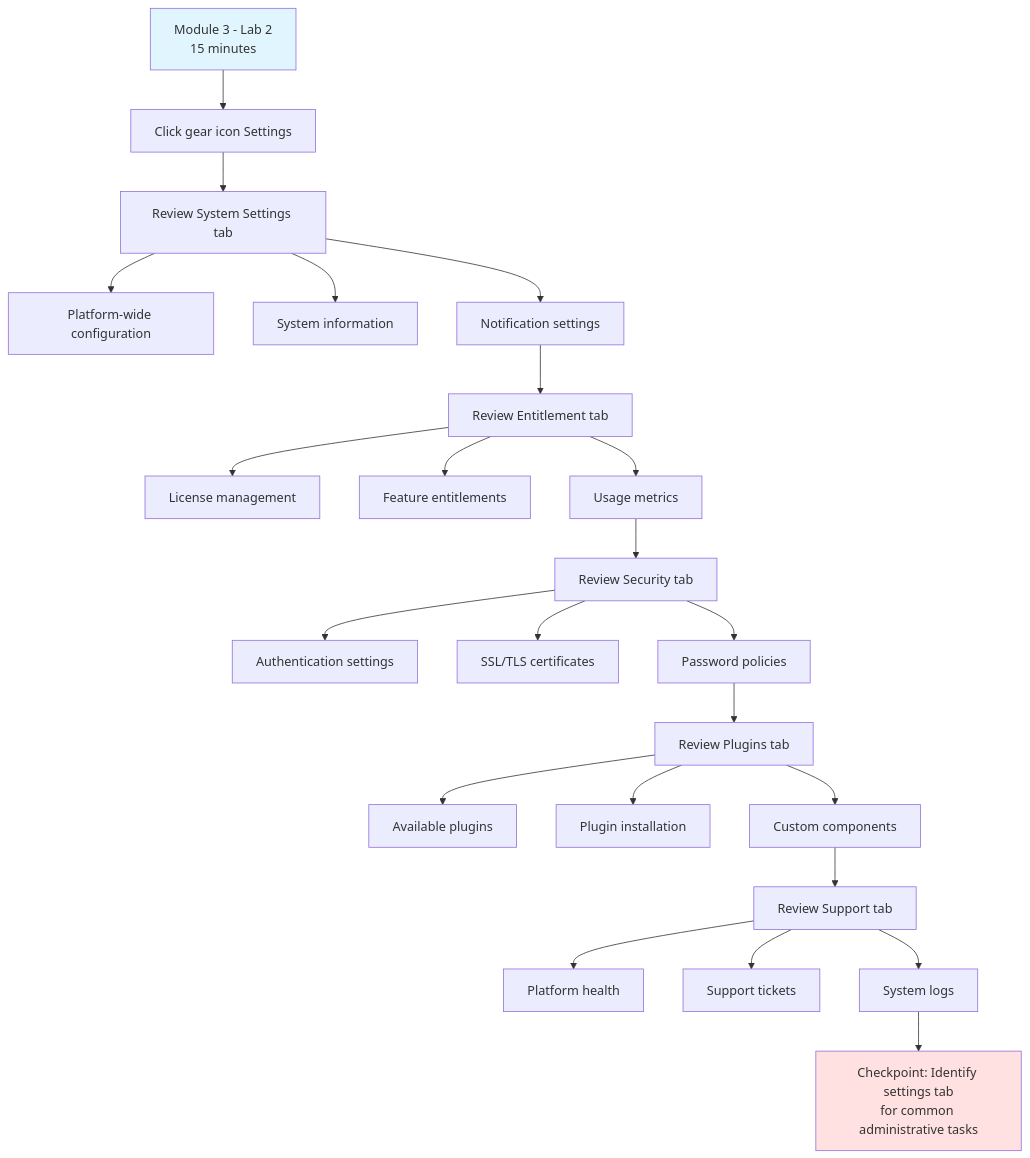
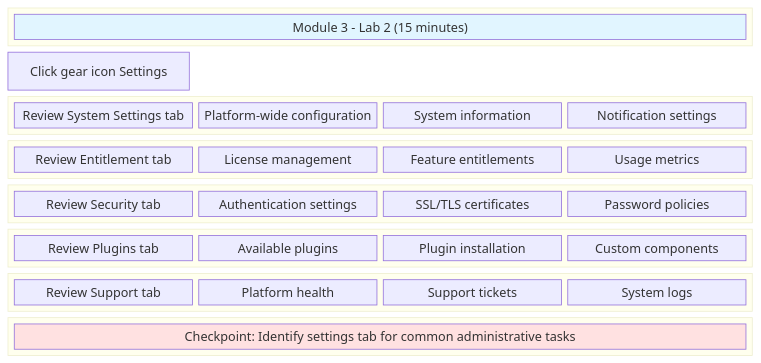
Before and after one commit to tme-tech-ops/take-it-for-a-spin-partner-training: the diagram in docs/Instructor_Screen_Flow/slide_03_module3_lab2.mmd, drawn with Mermaid. The commit also changed 6 other files, not shown here.

First line of the commit message:
Convert diagrams from flowchart to block/grid layout

```diff
--- a/docs/Instructor_Screen_Flow/slide_03_module3_lab2.mmd
+++ b/docs/Instructor_Screen_Flow/slide_03_module3_lab2.mmd
@@ -1,26 +1,51 @@
-flowchart TD
-    A[Module 3 - Lab 2<br/>15 minutes] --> B[Click gear icon Settings]
-    B --> C[Review System Settings tab]
-    C --> D[Platform-wide configuration]
-    C --> E[System information]
-    C --> F[Notification settings]
-    F --> G[Review Entitlement tab]
-    G --> H[License management]
-    G --> I[Feature entitlements]
-    G --> J[Usage metrics]
-    J --> K[Review Security tab]
-    K --> L[Authentication settings]
-    K --> M[SSL/TLS certificates]
-    K --> N[Password policies]
-    N --> O[Review Plugins tab]
-    O --> P[Available plugins]
-    O --> Q[Plugin installation]
-    O --> R[Custom components]
-    R --> S[Review Support tab]
-    S --> T[Platform health]
-    S --> U[Support tickets]
-    S --> V[System logs]
-    V --> W[Checkpoint: Identify settings tab<br/>for common administrative tasks]
+block-beta
+    columns 4
+    
+    block:header:4
+        A["Module 3 - Lab 2 (15 minutes)"]
+    end
+    
+    B["Click gear icon Settings"]
+    space:3
+    
+    block:systemsettings:4
+        C["Review System Settings tab"]
+        D["Platform-wide configuration"]
+        E["System information"]
+        F["Notification settings"]
+    end
+    
+    block:entitlement:4
+        G["Review Entitlement tab"]
+        H["License management"]
+        I["Feature entitlements"]
+        J["Usage metrics"]
+    end
+    
+    block:security:4
+        K["Review Security tab"]
+        L["Authentication settings"]
+        M["SSL/TLS certificates"]
+        N["Password policies"]
+    end
+    
+    block:plugins:4
+        O["Review Plugins tab"]
+        P["Available plugins"]
+        Q["Plugin installation"]
+        R["Custom components"]
+    end
+    
+    block:support:4
+        S["Review Support tab"]
+        T["Platform health"]
+        U["Support tickets"]
+        V["System logs"]
+    end
+    
+    block:checkpoint:4
+        W["Checkpoint: Identify settings tab for common administrative tasks"]
+    end
 
     style A fill:#e1f5ff
     style W fill:#ffe1e1
```
